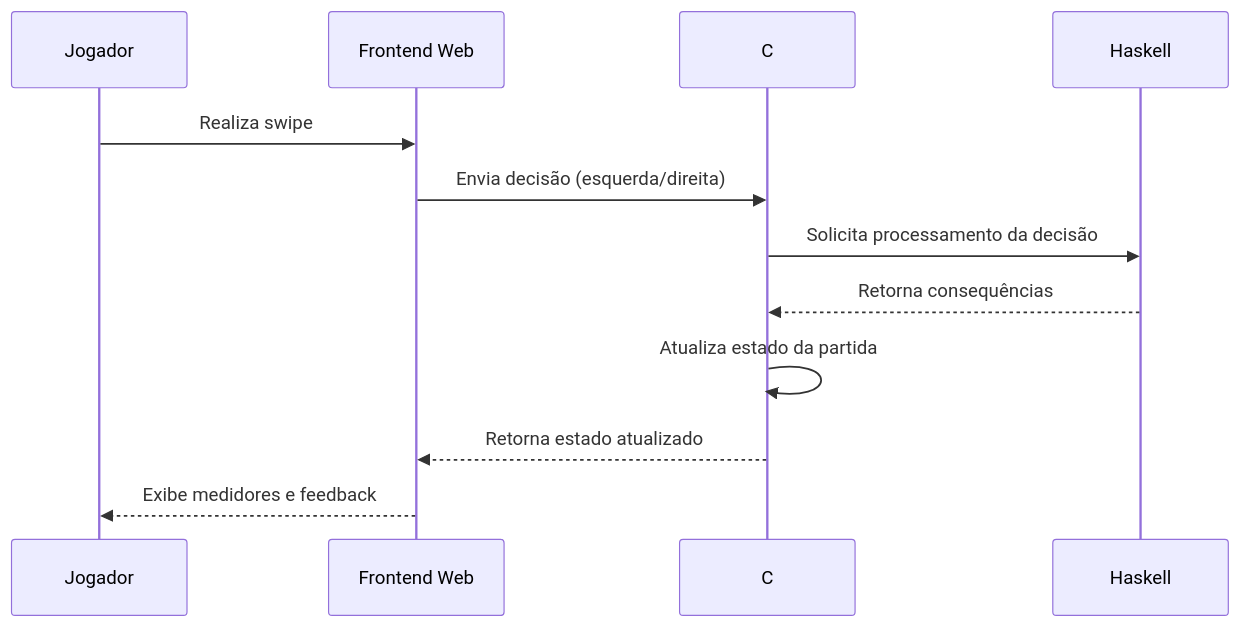
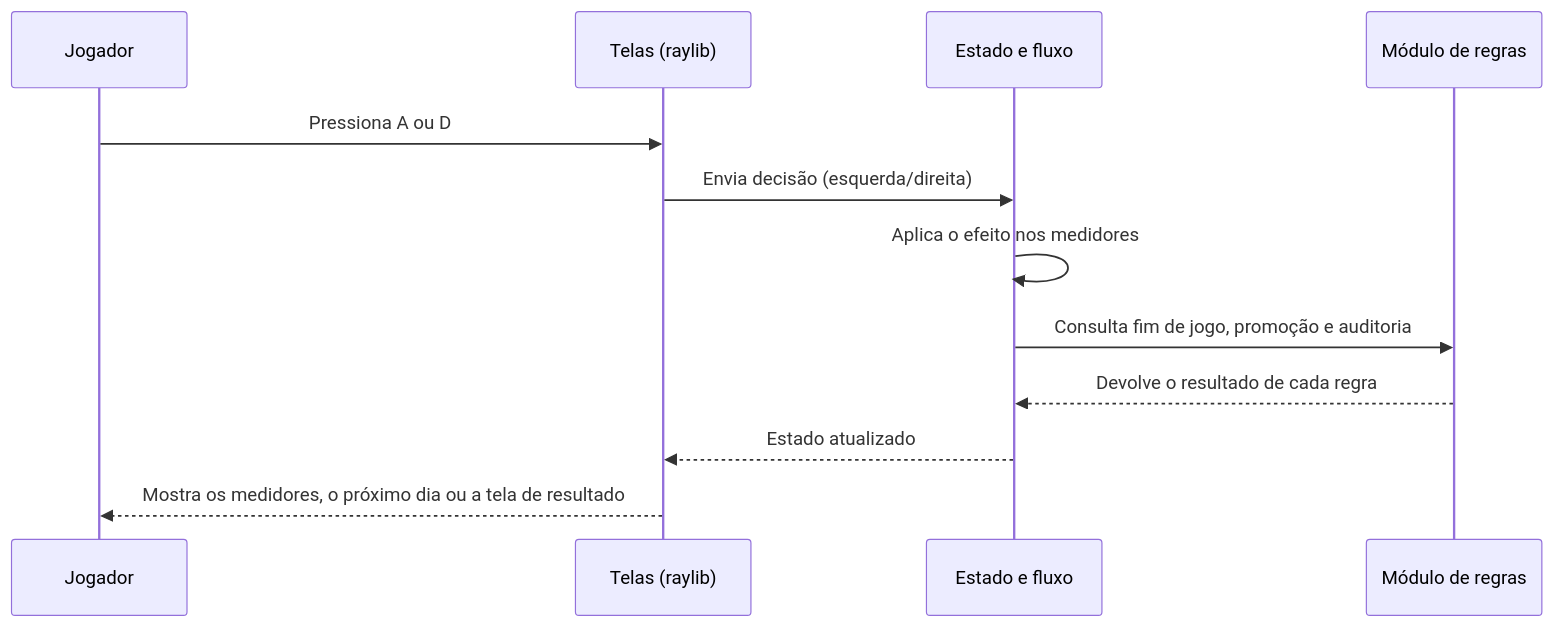
The seventh of 8 diagrams in Documentação/requisitos-modelagem-arquitetura.md (cms7-bot/else), drawn with Mermaid before and after one commit. The commit also changed other lines of this file and 4 other files, not shown here.

Commit message:
docs: remove Haskell da documentação (arquitetura só em C + raylib)

````diff
--- a/Documentação/requisitos-modelagem-arquitetura.md
+++ b/Documentação/requisitos-modelagem-arquitetura.md
@@ -438,15 +426,15 @@
 ```mermaid
 sequenceDiagram
     participant J as Jogador
-    participant F as Frontend Web
-    participant C as C
-    participant H as Haskell
+    participant R as Telas (raylib)
+    participant C as Estado e fluxo
+    participant M as Módulo de regras
 
-    J->>F: Realiza swipe
-    F->>C: Envia decisão (esquerda/direita)
-    C->>H: Solicita processamento da decisão
-    H-->>C: Retorna consequências
-    C->>C: Atualiza estado da partida
-    C-->>F: Retorna estado atualizado
-    F-->>J: Exibe medidores e feedback
+    J->>R: Pressiona A ou D
+    R->>C: Envia decisão (esquerda/direita)
+    C->>C: Aplica o efeito nos medidores
+    C->>M: Consulta fim de jogo, promoção e auditoria
+    M-->>C: Devolve o resultado de cada regra
+    C-->>R: Estado atualizado
+    R-->>J: Mostra os medidores, o próximo dia ou a tela de resultado
 ```
````
